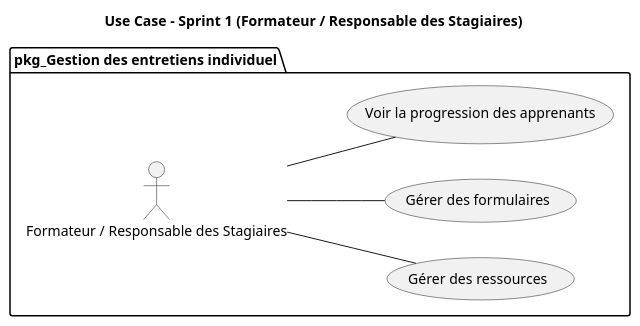
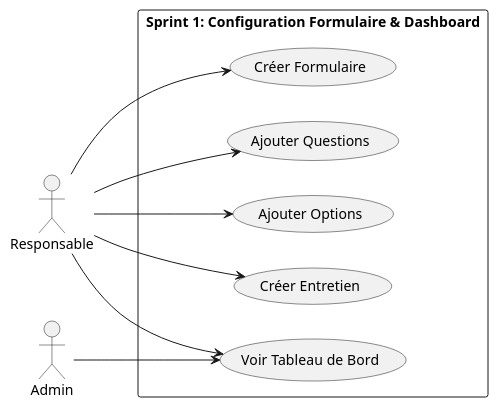
The diagram in Branche Fonctionnelle/Analyse/UseCaseSprint1.puml (bardichoussama/FileRouge), drawn with PlantUML before and after one commit.

```diff
--- a/Branche Fonctionnelle/Analyse/UseCaseSprint1.puml
+++ b/Branche Fonctionnelle/Analyse/UseCaseSprint1.puml
@@ -1,17 +1,23 @@
 @startuml
-package "pkg_Gestion des entretiens individuel" {
-    title Use Case - Sprint 1 (Formateur / Responsable des Stagiaires)
+left to right direction
 
-    left to right direction
+actor Responsable
+actor Admin
 
-    actor "Formateur / Responsable des Stagiaires" as RespoFormateur
+rectangle "Sprint 1: Configuration Formulaire & Dashboard" {
+  usecase "Créer Formulaire" as UC1
+  usecase "Ajouter Questions" as UC2
+  usecase "Ajouter Options" as UC3
+  usecase "Créer Entretien" as UC4
+  usecase "Voir Tableau de Bord" as UC5
+}
 
-    usecase "Gérer des ressources" as UC1
-    usecase "Gérer des formulaires" as UC2
-    usecase "Voir la progression des apprenants" as UC3
+Responsable --> UC1
+Responsable --> UC2
+Responsable --> UC3
+Responsable --> UC4
+Responsable --> UC5
 
-    RespoFormateur -- UC1
-    RespoFormateur -- UC2
-    RespoFormateur -- UC3
-}
+Admin --> UC5
+
 @enduml
```
